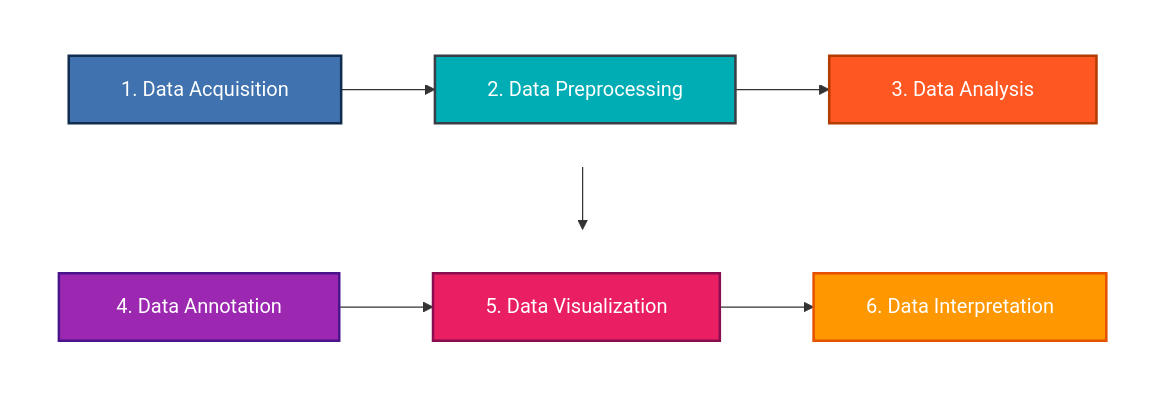
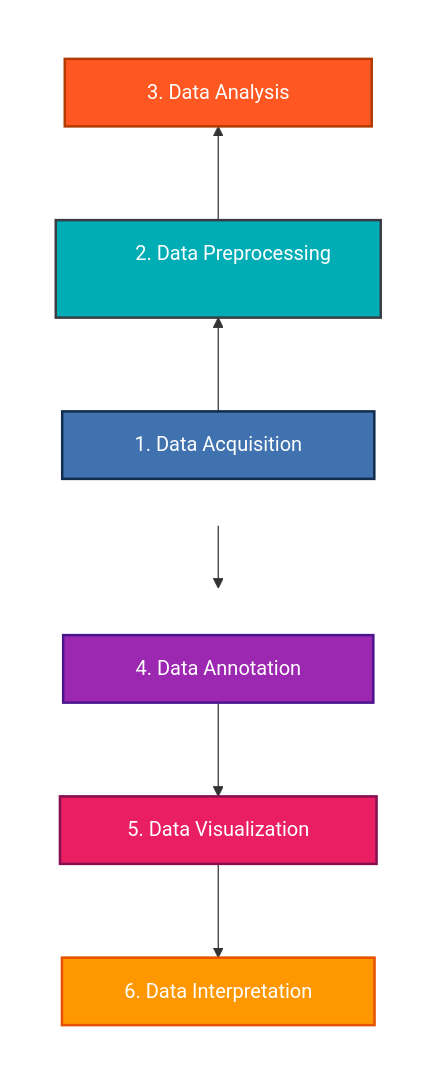
The diagram in README.md (JoseManurung/PDAC-PNI-Transcriptomics-Analysis), drawn with Mermaid before and after one commit. The commit also changed other lines of this file, not shown here.

````diff
--- a/README.md
+++ b/README.md
@@ -85,29 +86,31 @@
 ```mermaid
-flowchart TD
-    %% Baris Atas (Dibuat horizontal dengan subgraph LR)
-    subgraph Baris1 [" "]
-        direction LR
-        S1["&nbsp;&nbsp; 1. Data Acquisition &nbsp;&nbsp;"] --> S2["&nbsp;&nbsp; 2. Data Preprocessing &nbsp;&nbsp;"] --> S3["&nbsp;&nbsp;&nbsp;&nbsp; 3. Data Analysis &nbsp;&nbsp;&nbsp;&nbsp;"]
+graph TD
+    %% Left Column Group (Flowing Bottom-to-Top: 1 -> 2 -> 3)
+    subgraph Col1 [" "]
+        direction BT
+        S1["&nbsp;&nbsp;&nbsp;&nbsp;&nbsp;&nbsp; 1. Data Acquisition &nbsp;&nbsp;&nbsp;&nbsp;&nbsp;&nbsp;"] --> S2["&nbsp;&nbsp;&nbsp;&nbsp;&nbsp;&nbsp; 2. Data Preprocessing &nbsp;&nbsp;&nbsp;&nbsp;&nbsp;"]
+        S2 --> S3["&nbsp;&nbsp;&nbsp;&nbsp;&nbsp;&nbsp;&nbsp;&nbsp; 3. Data Analysis &nbsp;&nbsp;&nbsp;&nbsp;&nbsp;&nbsp;&nbsp;&nbsp;"]
     end
 
-    %% Baris Bawah (Dibuat horizontal dengan subgraph LR)
-    subgraph Baris2 [" "]
-        direction LR
-        S4["&nbsp;&nbsp;&nbsp; 4. Data Annotation &nbsp;&nbsp;&nbsp;"] --> S5["&nbsp;&nbsp; 5. Data Visualization &nbsp;&nbsp;"] --> S6["&nbsp;&nbsp; 6. Data Interpretation &nbsp;&nbsp;"]
+    %% Right Column Group (Flowing Top-to-Bottom: 4 -> 5 -> 6)
+    subgraph Col2 [" "]
+        direction TB
+        S4["&nbsp;&nbsp;&nbsp;&nbsp;&nbsp;&nbsp; 4. Data Annotation &nbsp;&nbsp;&nbsp;&nbsp;&nbsp;&nbsp;"] --> S5["&nbsp;&nbsp;&nbsp;&nbsp;&nbsp; 5. Data Visualization &nbsp;&nbsp;&nbsp;&nbsp;&nbsp;"]
+        S5 --> S6["&nbsp;&nbsp;&nbsp;&nbsp; 6. Data Interpretation &nbsp;&nbsp;&nbsp;&nbsp;"]
     end
 
-    %% Garis Penghubung Zig-Zag (Dari Ujung Kanan Atas ke Ujung Kiri Bawah)
+    %% Horizontal Top Connector (Bridge from Step 3 Across to Step 4)
     S3 --> S4
 
-    %% Pewarnaan Node / Kotak
+    %% Color Palette and Styling Definitions
     style S1 fill:#3f72af,color:#fff,stroke:#112d4e,stroke-width:2px
     style S2 fill:#00adb5,color:#fff,stroke:#393e46,stroke-width:2px
     style S3 fill:#ff5722,color:#fff,stroke:#b23b00,stroke-width:2px
     style S4 fill:#9c27b0,color:#fff,stroke:#4a148c,stroke-width:2px
     style S5 fill:#e91e63,color:#fff,stroke:#880e4f,stroke-width:2px
     style S6 fill:#ff9800,color:#fff,stroke:#e65100,stroke-width:2px
 
-    %% Menghilangkan border kotak pembungkus baris agar rapi
-    style Baris1 fill:transparent,stroke:none
-    style Baris2 fill:transparent,stroke:none
+    %% Hide Subgraph Borders for Clean Grid Alignment
+    style Col1 fill:transparent,stroke:none
+    style Col2 fill:transparent,stroke:none
 ```
````
